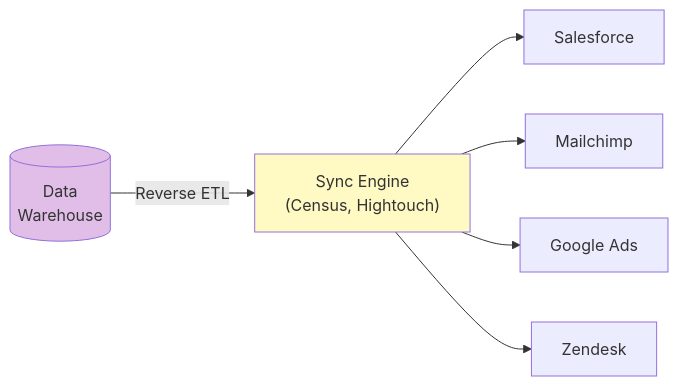
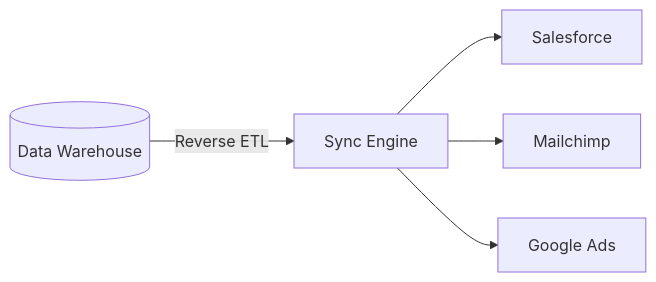
Before and after one commit to Anodis108/Data-Engineer: the fifth of 8 diagrams in homework3/DATA_LIFECYCLE.md, drawn with Mermaid. The commit also changed other lines of this file, not shown here.

````diff
--- a/homework3/DATA_LIFECYCLE.md
+++ b/homework3/DATA_LIFECYCLE.md
@@ -3120,12 +824,7 @@
 ```mermaid
 flowchart LR
-    DW[(Data<br/>Warehouse)] -->|"Reverse ETL"| SYNC["Sync Engine<br/>(Census, Hightouch)"]
-    
+    DW[(Data Warehouse)] -->|Reverse ETL| SYNC[Sync Engine]
     SYNC --> CRM[Salesforce]
     SYNC --> EMAIL[Mailchimp]
     SYNC --> ADS[Google Ads]
-    SYNC --> SUPPORT[Zendesk]
-    
-    style DW fill:#e1bee7
-    style SYNC fill:#fff9c4
 ```
````
